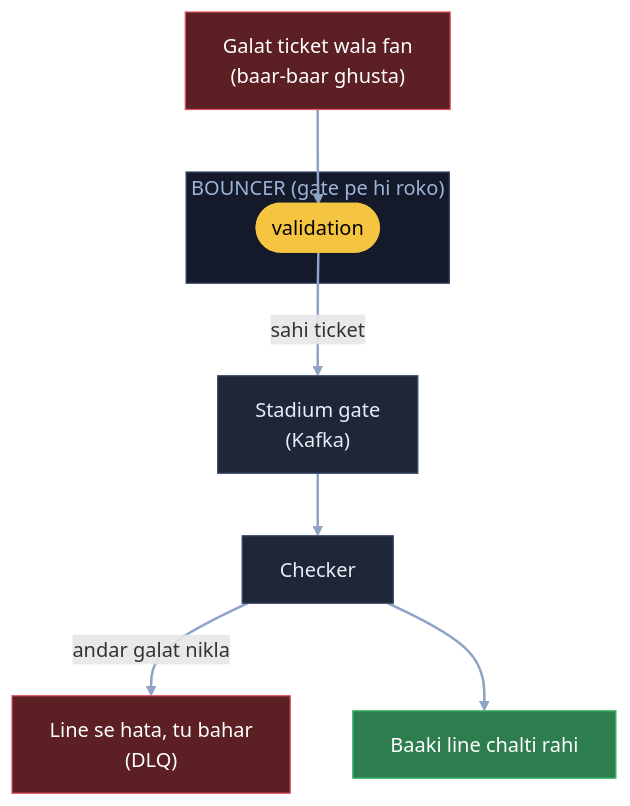
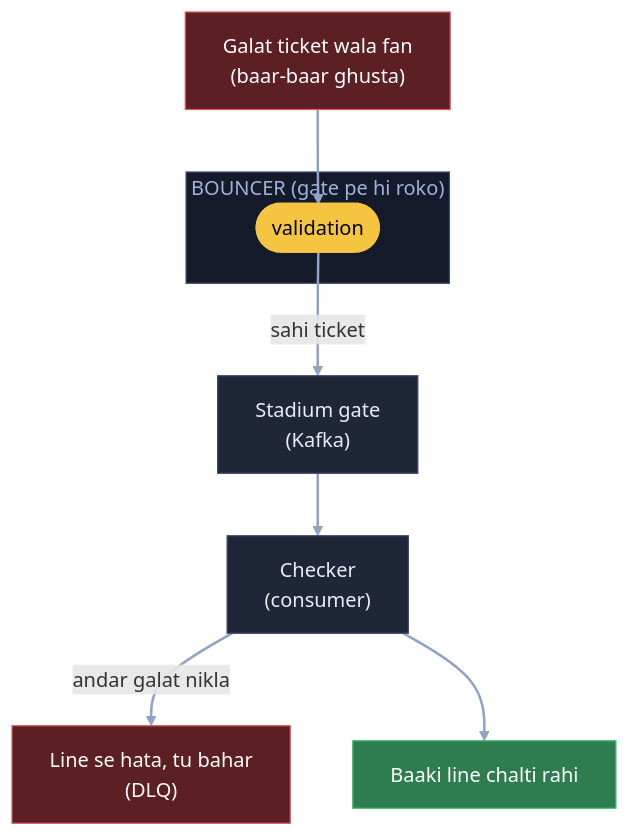
One commit to ArpanMaheshwari144/Prep changed the eighth of 11 diagrams in 04_HLD/SYSTEM_DESIGNS/12_message_queue_kafka/12_message_queue_kafka.md. Above: the diagram before and after it, drawn with Mermaid. The commit also changed other lines of this file and 22 other files, not shown here.

Commit message:
Diagram: sirf kahani ke dohraaye shabd pe bracket, us jagah notes wala matlab (207 label)

````diff
--- a/04_HLD/SYSTEM_DESIGNS/12_message_queue_kafka/12_message_queue_kafka.md
+++ b/04_HLD/SYSTEM_DESIGNS/12_message_queue_kafka/12_message_queue_kafka.md
@@ -338,22 +338,22 @@
 ```mermaid
 flowchart TB
     F["Galat ticket wala fan<br/>(baar-baar ghusta)"]:::bad
     subgraph BN["BOUNCER (gate pe hi roko)"]
         B(["validation"]):::pill
     end
     K["Stadium gate<br/>(Kafka)"]:::card
-    C["Checker"]:::card
+    C["Checker<br/>(consumer)"]:::card
     D["Line se hata, tu bahar<br/>(DLQ)"]:::bad
     OK["Baaki line chalti rahi"]:::good
     F --> B
     B -- "sahi ticket" --> K
     K --> C
     C -- "andar galat nikla" --> D
     C --> OK
     linkStyle default stroke:#8fa3c7,stroke-width:2px
     classDef card fill:#1e2638,stroke:#3a4a6b,color:#e8ecf5
     classDef pill fill:#f5c542,stroke:#f5c542,color:#000
     classDef good fill:#2e7d4f,stroke:#3fbf6f,color:#fff
     classDef bad fill:#5c1f24,stroke:#e05561,color:#fff
     style BN fill:#141a29,stroke:#3a4a6b,color:#9fb3d9
 ```
````
